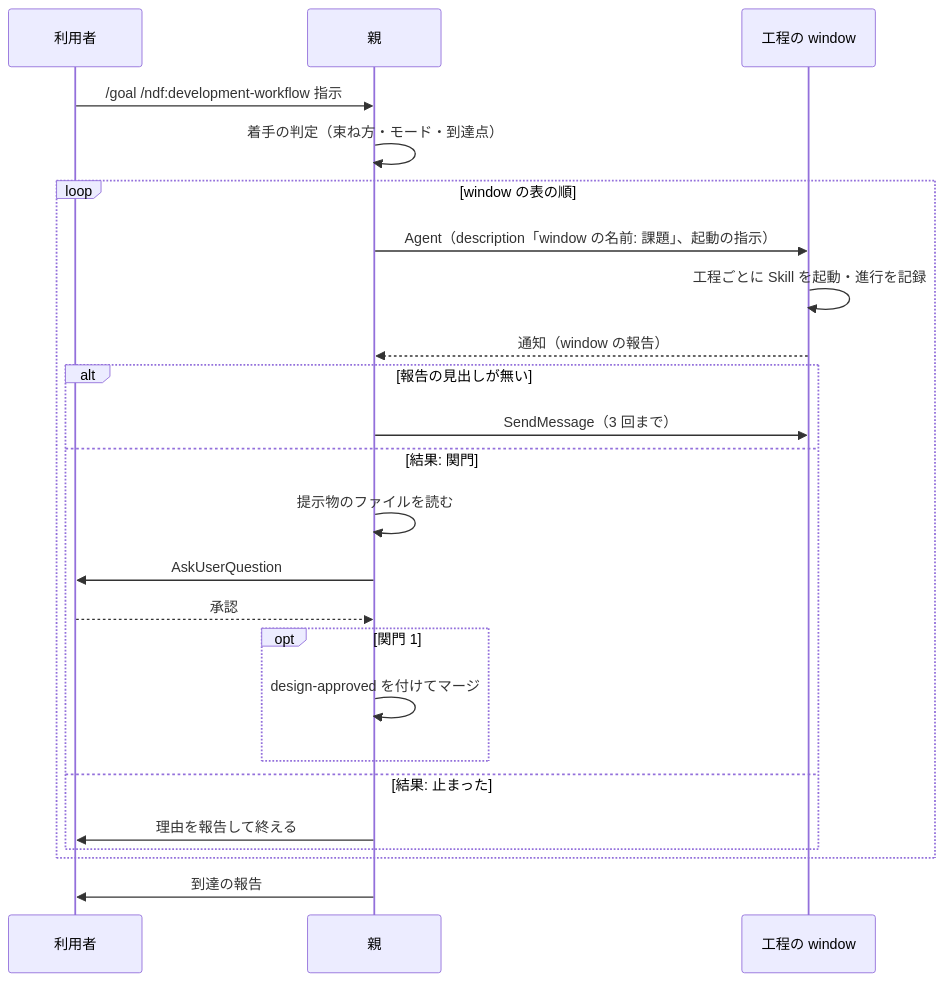
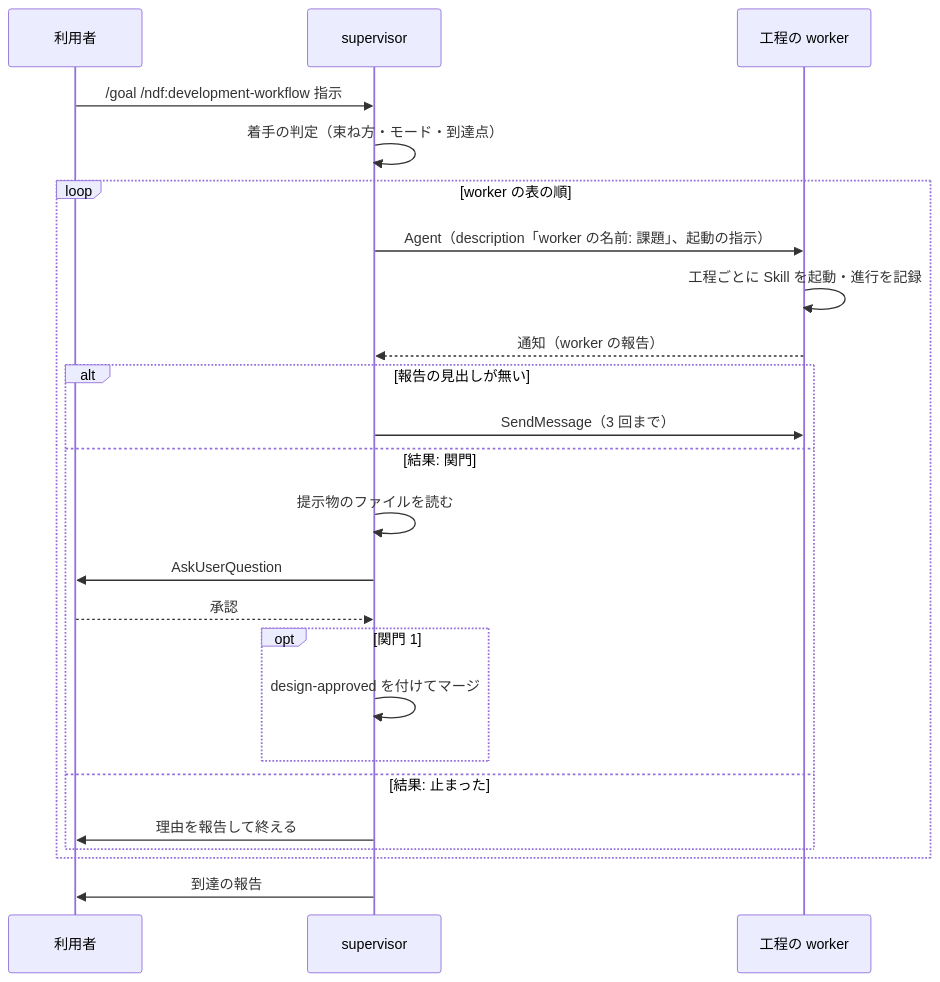
The fifth of 6 diagrams in issues/issue-550-657-design.md (devbasex/ai-plugins), drawn with Mermaid before and after one commit. The commit also changed other lines of this file and 2 other files, not shown here.

First line of the commit message:
Docs: 用語を supervisor / worker / context window にする（#550 #657）

````diff
--- a/issues/issue-550-657-design.md
+++ b/issues/issue-550-657-design.md
@@ -316,26 +332,26 @@
 ```mermaid
 sequenceDiagram
     participant H as 利用者
-    participant P as 親
-    participant W as 工程の window
+    participant P as supervisor
+    participant W as 工程の worker
     H->>P: /goal /ndf:development-workflow 指示
     P->>P: 着手の判定（束ね方・モード・到達点）
-    loop window の表の順
-        P->>W: Agent（description「window の名前: 課題」、起動の指示）
+    loop worker の表の順
+        P->>W: Agent（description「worker の名前: 課題」、起動の指示）
         W->>W: 工程ごとに Skill を起動・進行を記録
-        W-->>P: 通知（window の報告）
+        W-->>P: 通知（worker の報告）
         alt 報告の見出しが無い
             P->>W: SendMessage（3 回まで）
         else 結果: 関門
             P->>P: 提示物のファイルを読む
             P->>H: AskUserQuestion
             H-->>P: 承認
             opt 関門 1
                 P->>P: design-approved を付けてマージ
             end
         else 結果: 止まった
             P->>H: 理由を報告して終える
         end
     end
     P->>H: 到達の報告
 ```
````
